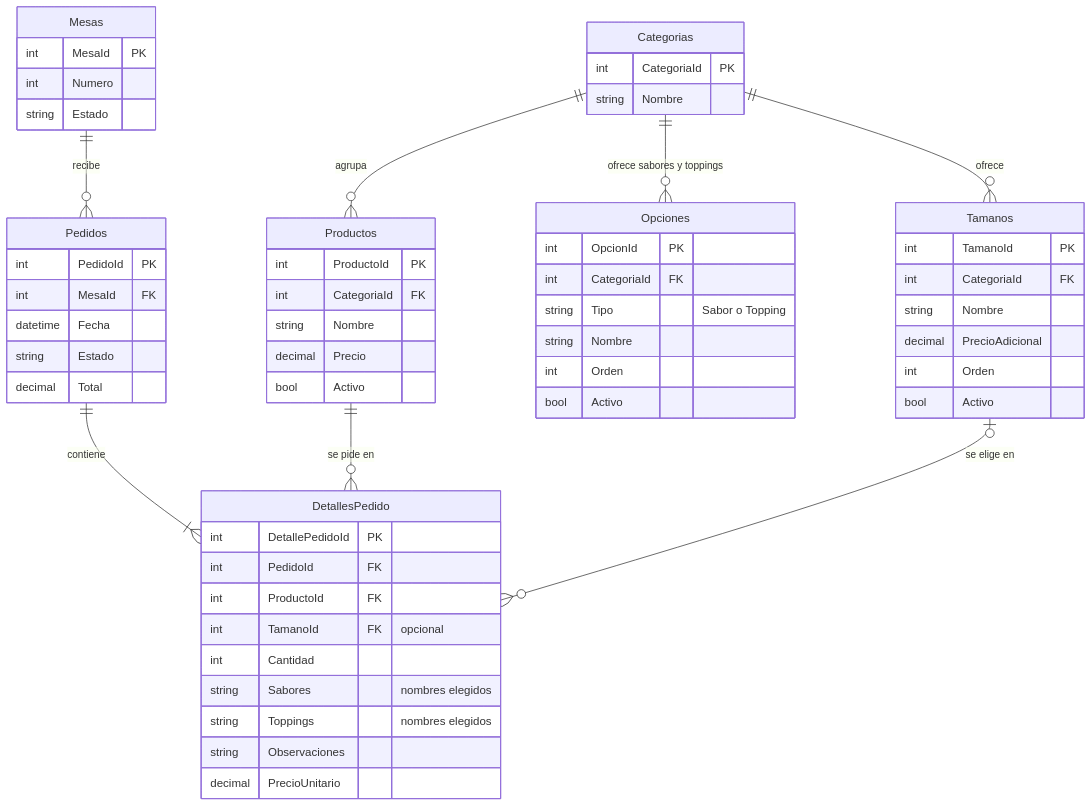
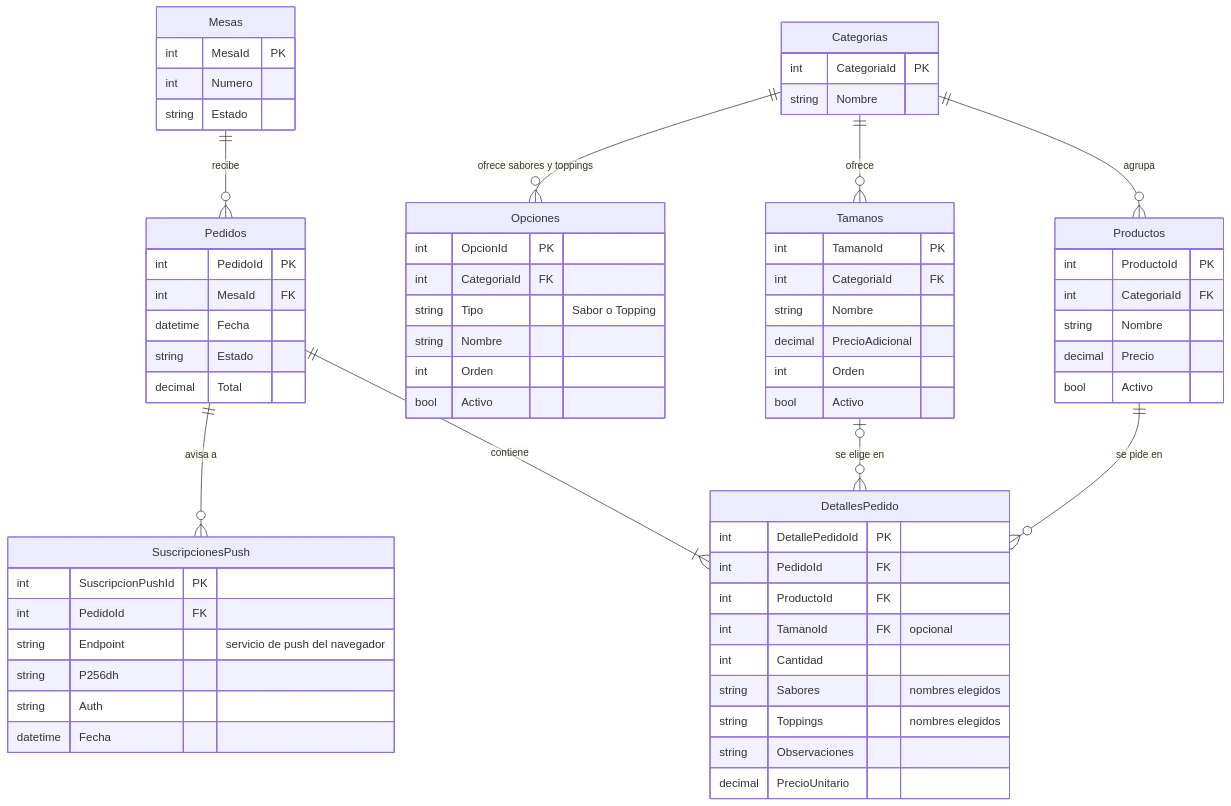
One commit to excainer/HeladeriaAPI changed the diagram in README.md. Above: the diagram before and after it, drawn with Mermaid. The commit also changed other lines of this file and 25 other files, not shown here.

First line of the commit message:
Notificaciones push: aviso al cliente cuando su pedido está listo

````diff
--- a/README.md
+++ b/README.md
@@ -51,61 +51,70 @@
 ```mermaid
 erDiagram
     Categorias ||--o{ Productos : agrupa
     Categorias ||--o{ Tamanos : "ofrece"
     Categorias ||--o{ Opciones : "ofrece sabores y toppings"
     Mesas ||--o{ Pedidos : recibe
     Pedidos ||--|{ DetallesPedido : contiene
     Productos ||--o{ DetallesPedido : "se pide en"
     Tamanos |o--o{ DetallesPedido : "se elige en"
+    Pedidos ||--o{ SuscripcionesPush : "avisa a"
 
     Categorias {
         int CategoriaId PK
         string Nombre
     }
     Productos {
         int ProductoId PK
         int CategoriaId FK
         string Nombre
         decimal Precio
         bool Activo
     }
     Tamanos {
         int TamanoId PK
         int CategoriaId FK
         string Nombre
         decimal PrecioAdicional
         int Orden
         bool Activo
     }
     Opciones {
         int OpcionId PK
         int CategoriaId FK
         string Tipo "Sabor o Topping"
         string Nombre
         int Orden
         bool Activo
     }
     Mesas {
         int MesaId PK
         int Numero
         string Estado
     }
     Pedidos {
         int PedidoId PK
         int MesaId FK
         datetime Fecha
         string Estado
         decimal Total
     }
     DetallesPedido {
         int DetallePedidoId PK
         int PedidoId FK
         int ProductoId FK
         int TamanoId FK "opcional"
         int Cantidad
         string Sabores "nombres elegidos"
         string Toppings "nombres elegidos"
         string Observaciones
         decimal PrecioUnitario
     }
+    SuscripcionesPush {
+        int SuscripcionPushId PK
+        int PedidoId FK
+        string Endpoint "servicio de push del navegador"
+        string P256dh
+        string Auth
+        datetime Fecha
+    }
 ```
````
